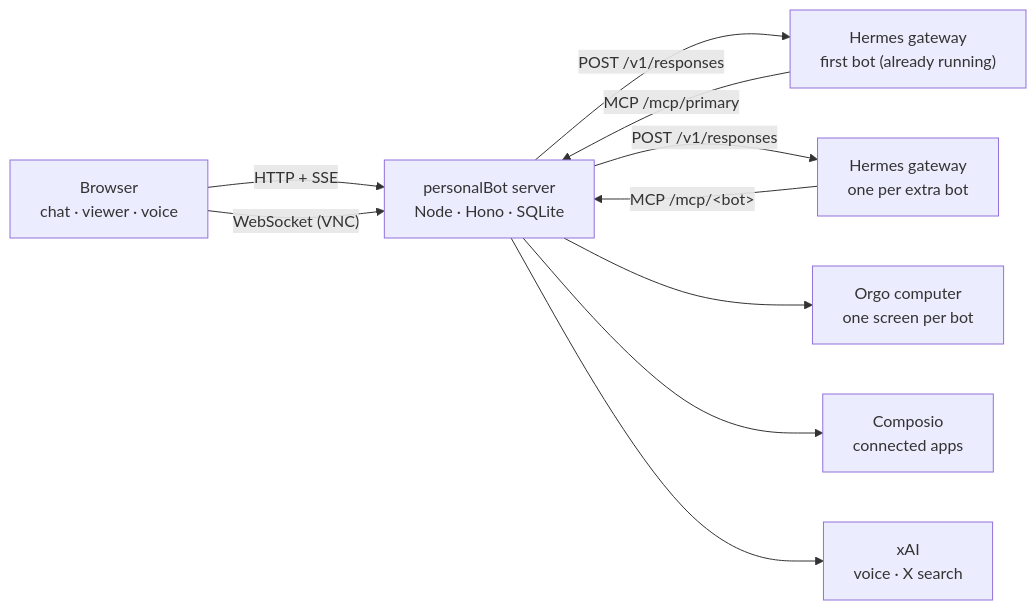
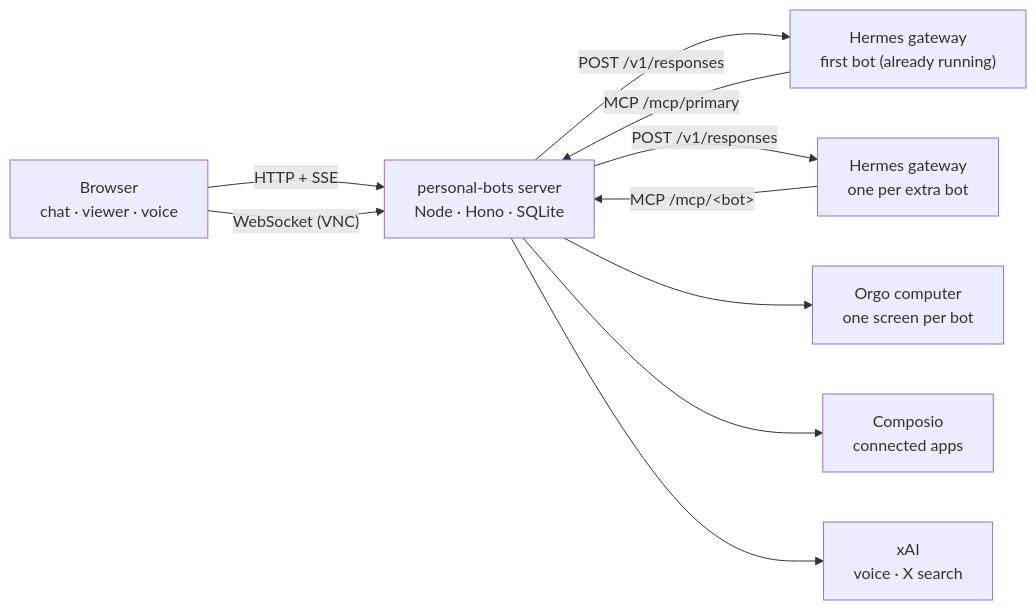
One commit to horelvis/personal-bots changed the diagram in README.md. Above: the diagram before and after it, drawn with Mermaid. The commit also changed other lines of this file and 9 other files, not shown here.

First line of the commit message:
chore: rename the project to personal-bots

````diff
--- a/README.md
+++ b/README.md
@@ -68,12 +68,12 @@
 ```mermaid
 flowchart LR
-  B["Browser<br/>chat · viewer · voice"] -- "HTTP + SSE" --> S["personalBot server<br/>Node · Hono · SQLite"]
+  B["Browser<br/>chat · viewer · voice"] -- "HTTP + SSE" --> S["personal-bots server<br/>Node · Hono · SQLite"]
   B -- "WebSocket (VNC)" --> S
   S -- "POST /v1/responses" --> H1["Hermes gateway<br/>first bot (already running)"]
   S -- "POST /v1/responses" --> H2["Hermes gateway<br/>one per extra bot"]
   H1 -- "MCP /mcp/primary" --> S
   H2 -- "MCP /mcp/&lt;bot&gt;" --> S
   S --> O["Orgo computer<br/>one screen per bot"]
   S --> C["Composio<br/>connected apps"]
   S --> X["xAI<br/>voice · X search"]
 ```
````
